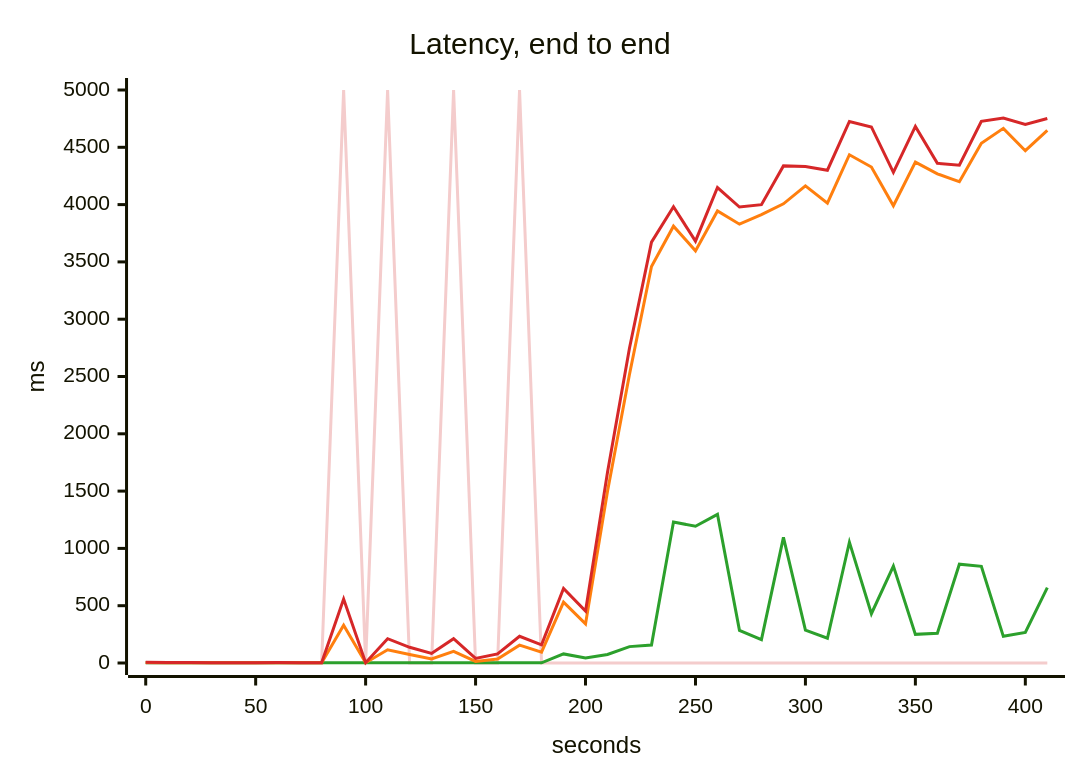
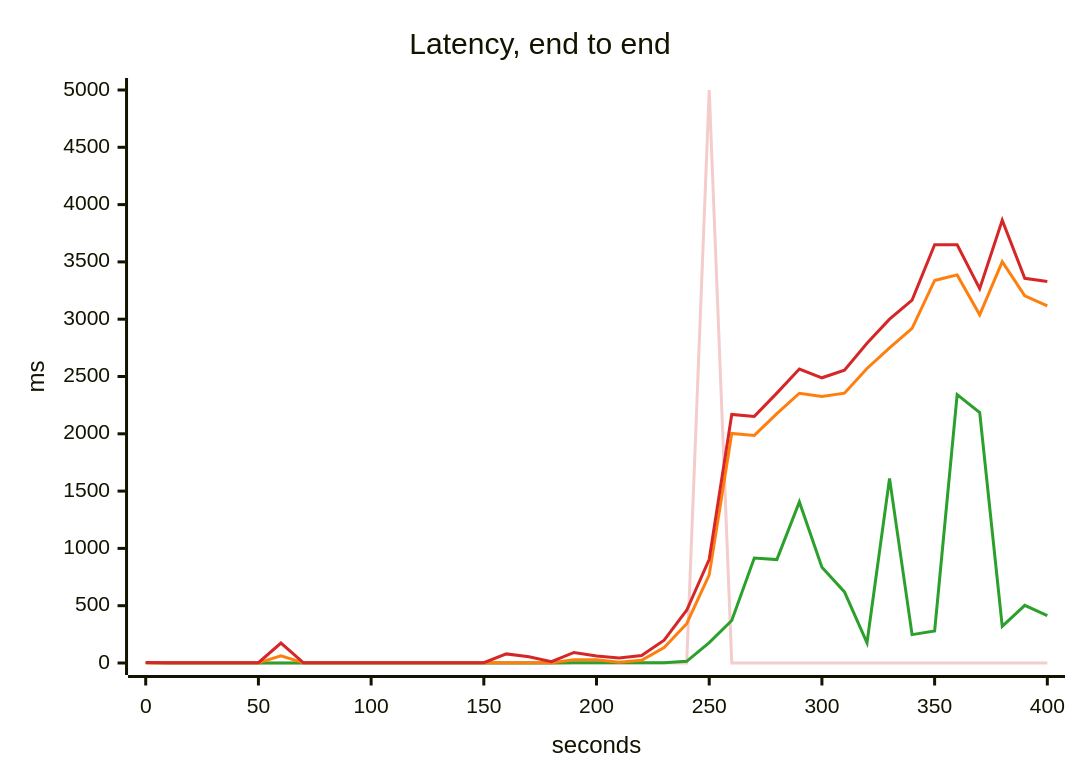
The third of 5 diagrams in scenarios/single-postgres-breaking-point/solutions/one-query-per-page/report.md (akinfemi/load-lore), drawn with Mermaid before and after one commit. The commit also changed other lines of this file and 20 other files, not shown here.

````diff
--- a/scenarios/single-postgres-breaking-point/solutions/one-query-per-page/report.md
+++ b/scenarios/single-postgres-breaking-point/solutions/one-query-per-page/report.md
@@ -59,17 +56,17 @@
 ```mermaid
 ---
 config:
   themeVariables:
     xyChart:
       backgroundColor: "transparent"
       plotColorPalette: "#f4cccc, #2ca02c, #ff7f0e, #d62728"
 ---
 xychart-beta
     title "Latency, end to end"
-    x-axis "seconds" 0 --> 410
+    x-axis "seconds" 0 --> 400
     y-axis "ms" 0 --> 5000
-    line [0, 0, 0, 0, 0, 0, 0, 0, 0, 5000, 0, 5000, 0, 0, 5000, 0, 0, 5000, 0, 0, 0, 0, 0, 0, 0, 0, 0, 0, 0, 0, 0, 0, 0, 0, 0, 0, 0, 0, 0, 0, 0, 0]
-    line [1.599, 1.158, 1.139, 1.115, 1.1, 1.108, 1.111, 1.102, 1.108, 1.238, 1.135, 1.335, 1.568, 1.33, 1.304, 1.318, 1.447, 1.74, 1.914, 79.254, 43.089, 74.226, 142.937, 157.338, 1229.569, 1193.512, 1297.445, 284.964, 204.485, 1095.991, 286.335, 215.932, 1054.305, 429.962, 845.405, 250, 259.256, 862.26, 843.145, 232.709, 266.97, 657.878]
-    line [3.713, 2.104, 2.162, 1.953, 1.879, 1.924, 2.024, 1.9, 1.906, 330.145, 1.882, 115.562, 73.545, 34.858, 102.314, 13.929, 34.068, 155.675, 94.713, 530.769, 340.87, 1499.31, 2519.192, 3459.643, 3811.703, 3596.242, 3944.872, 3829.123, 3912.361, 4006.659, 4163.355, 4012.564, 4435.08, 4328.092, 3990.016, 4371.223, 4268.116, 4199.285, 4535.342, 4665.328, 4470.28, 4648.359]
-    line [5.468, 4.091, 3.705, 3.215, 2.801, 2.994, 3.641, 3.238, 3.215, 558.128, 2.659, 211.844, 136.866, 83.847, 211.996, 39.781, 79.778, 233.491, 158.87, 651.099, 452.346, 1664.958, 2748.156, 3672.124, 3981.509, 3681, 4148.747, 3978.768, 3999.405, 4337.751, 4333.057, 4299.944, 4725.245, 4677.719, 4282.013, 4682.094, 4360.703, 4343.282, 4726.577, 4755.575, 4699.519, 4751.441]
+    line [0, 0, 0, 0, 0, 0, 0, 0, 0, 0, 0, 0, 0, 0, 0, 0, 0, 0, 0, 0, 0, 0, 0, 0, 0, 5000, 0, 0, 0, 0, 0, 0, 0, 0, 0, 0, 0, 0, 0, 0, 0]
+    line [1.223, 0.918, 0.834, 0.814, 0.811, 0.819, 0.836, 0.796, 0.803, 0.808, 0.815, 0.823, 0.82, 0.838, 0.866, 0.88, 0.946, 1.009, 1.063, 1.19, 1.287, 1.264, 1.42, 2.015, 14.245, 178.1, 370.583, 915.313, 902.24, 1405.185, 835.291, 619.985, 176.512, 1611.129, 247.406, 278.796, 2341.402, 2185.101, 319.165, 503.481, 413.469]
+    line [2.631, 1.632, 1.331, 1.233, 1.198, 1.318, 62.13, 1.141, 1.2, 1.203, 1.261, 1.307, 1.3, 1.496, 1.532, 1.509, 2.993, 2.54, 2.472, 27.479, 28.387, 5.926, 24.411, 134.407, 342.484, 768.746, 2002.895, 1986.17, 2175.459, 2353.844, 2325.825, 2354.191, 2570.287, 2749.834, 2920.065, 3338.256, 3386.412, 3038.087, 3502.508, 3203.702, 3116.981]
+    line [4.132, 2.892, 2.329, 2.097, 1.858, 2.403, 173.538, 1.516, 1.879, 2.042, 2.143, 2.03, 2.659, 3.006, 2.633, 2.604, 79.391, 54.681, 11.513, 92.261, 61.354, 44.764, 64.839, 198.853, 460.323, 904.47, 2169.321, 2151.887, 2354.638, 2564.778, 2488.754, 2555.165, 2790.292, 3000, 3166.218, 3649.606, 3649.398, 3266.942, 3863.276, 3356.474, 3329.247]
 ```
````
